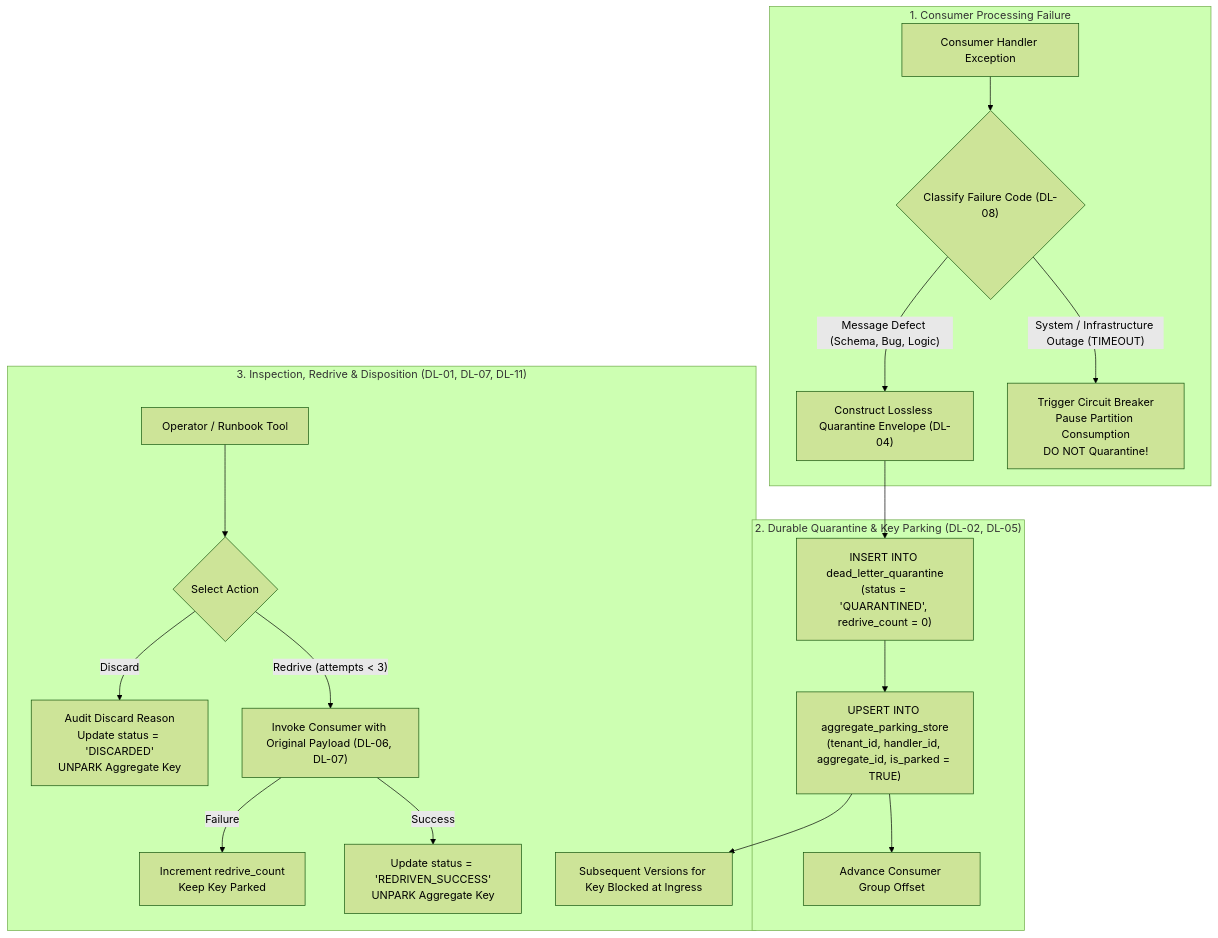
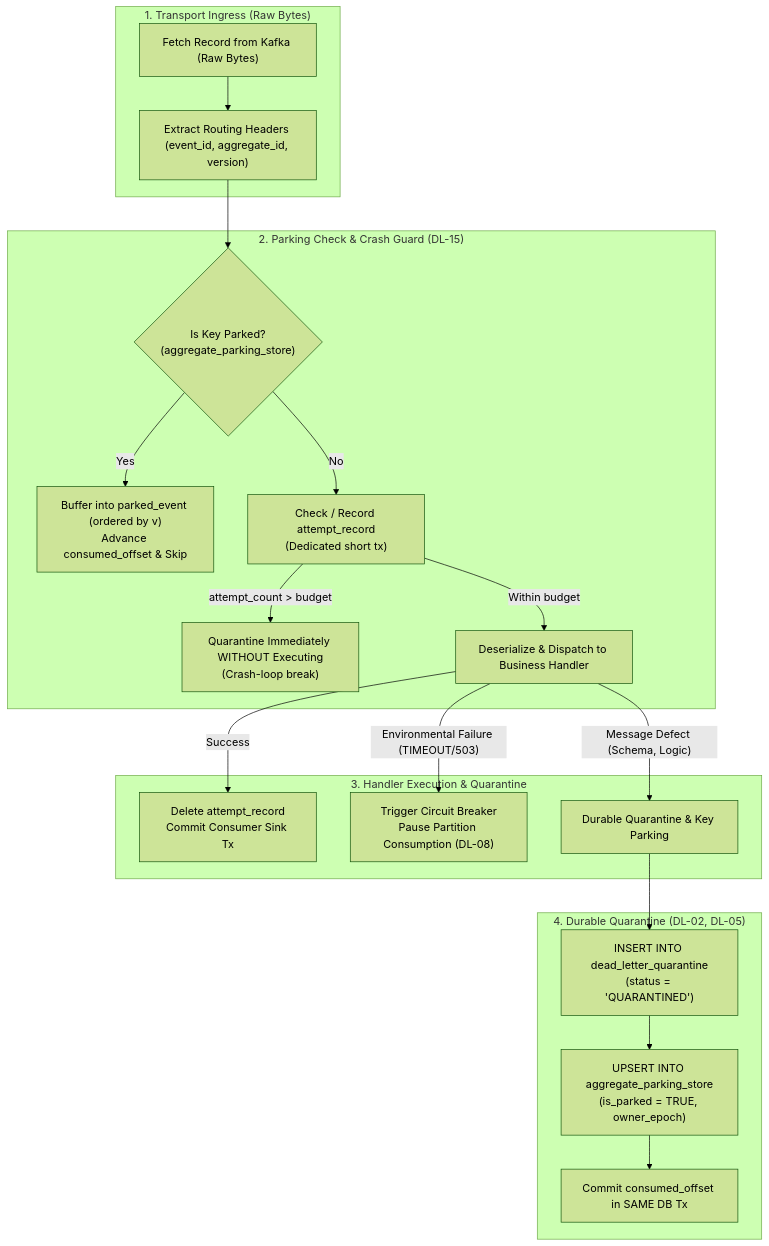
Before and after one commit to Chief-Strategist-J/event-driven-platform: the second of 3 diagrams in docs/features/dead-letter-handling/adr.md, drawn with Mermaid (forest theme). The commit also changed other lines of this file and 13 other files, not shown here.

Commit message:
feat(dead-letter-handling): upgrade to v3 tree with attempt_record, parked_event sequential drain, ERD, and epoch fencing

````diff
--- a/docs/features/dead-letter-handling/adr.md
+++ b/docs/features/dead-letter-handling/adr.md
@@ -61,23 +155,26 @@
 ```mermaid
 flowchart TD
-    subgraph FAIL["1. Consumer Processing Failure"]
-        E["Consumer Handler Exception"] --> CLS{"Classify Failure Code (DL-08)"}
-        CLS -- "System / Infrastructure Outage (TIMEOUT)" --> CB["Trigger Circuit Breaker<br/>Pause Partition Consumption<br/>DO NOT Quarantine!"]
-        CLS -- "Message Defect (Schema, Bug, Logic)" --> ENV["Construct Lossless Quarantine Envelope (DL-04)"]
+    subgraph INGRESS["1. Transport Ingress (Raw Bytes)"]
+        K1["Fetch Record from Kafka (Raw Bytes)"] --> H1["Extract Routing Headers (event_id, aggregate_id, version)"]
     end
 
-    subgraph QUAR["2. Durable Quarantine & Key Parking (DL-02, DL-05)"]
-        ENV --> W1["INSERT INTO dead_letter_quarantine<br/>(status = 'QUARANTINED', redrive_count = 0)"]
-        W1 --> W2["UPSERT INTO aggregate_parking_store<br/>(tenant_id, handler_id, aggregate_id, is_parked = TRUE)"]
-        W2 --> ACK["Advance Consumer Group Offset"]
+    subgraph PRECHECK["2. Parking Check & Crash Guard (DL-15)"]
+        H1 --> P1{"Is Key Parked?<br/>(aggregate_parking_store)"}
+        P1 -- "Yes" --> B1["Buffer into parked_event (ordered by v)<br/>Advance consumed_offset & Skip"]
+        P1 -- "No" --> A1["Check / Record attempt_record<br/>(Dedicated short tx)"]
+        A1 -- "attempt_count > budget" --> Q1["Quarantine Immediately WITHOUT Executing<br/>(Crash-loop break)"]
+        A1 -- "Within budget" --> EX["Deserialize & Dispatch to Business Handler"]
     end
 
-    subgraph TRIAGE["3. Inspection, Redrive & Disposition (DL-01, DL-07, DL-11)"]
-        W2 --> BLK["Subsequent Versions for Key Blocked at Ingress"]
-        UI["Operator / Runbook Tool"] --> RD{"Select Action"}
-        RD -- "Redrive (attempts < 3)" --> R1["Invoke Consumer with Original Payload (DL-06, DL-07)"]
-        R1 -- "Success" --> U1["Update status = 'REDRIVEN_SUCCESS'<br/>UNPARK Aggregate Key"]
-        R1 -- "Failure" --> U2["Increment redrive_count<br/>Keep Key Parked"]
-        RD -- "Discard" --> D1["Audit Discard Reason<br/>Update status = 'DISCARDED'<br/>UNPARK Aggregate Key"]
+    subgraph EXEC["3. Handler Execution & Quarantine"]
+        EX -- "Success" --> S1["Delete attempt_record<br/>Commit Consumer Sink Tx"]
+        EX -- "Environmental Failure (TIMEOUT/503)" --> BR["Trigger Circuit Breaker<br/>Pause Partition Consumption (DL-08)"]
+        EX -- "Message Defect (Schema, Logic)" --> Q2["Durable Quarantine & Key Parking"]
+    end
+
+    subgraph QUAR["4. Durable Quarantine (DL-02, DL-05)"]
+        Q2 --> W1["INSERT INTO dead_letter_quarantine<br/>(status = 'QUARANTINED')"]
+        W1 --> W2["UPSERT INTO aggregate_parking_store<br/>(is_parked = TRUE, owner_epoch)"]
+        W2 --> W3["Commit consumed_offset in SAME DB Tx"]
     end
 ```
````
